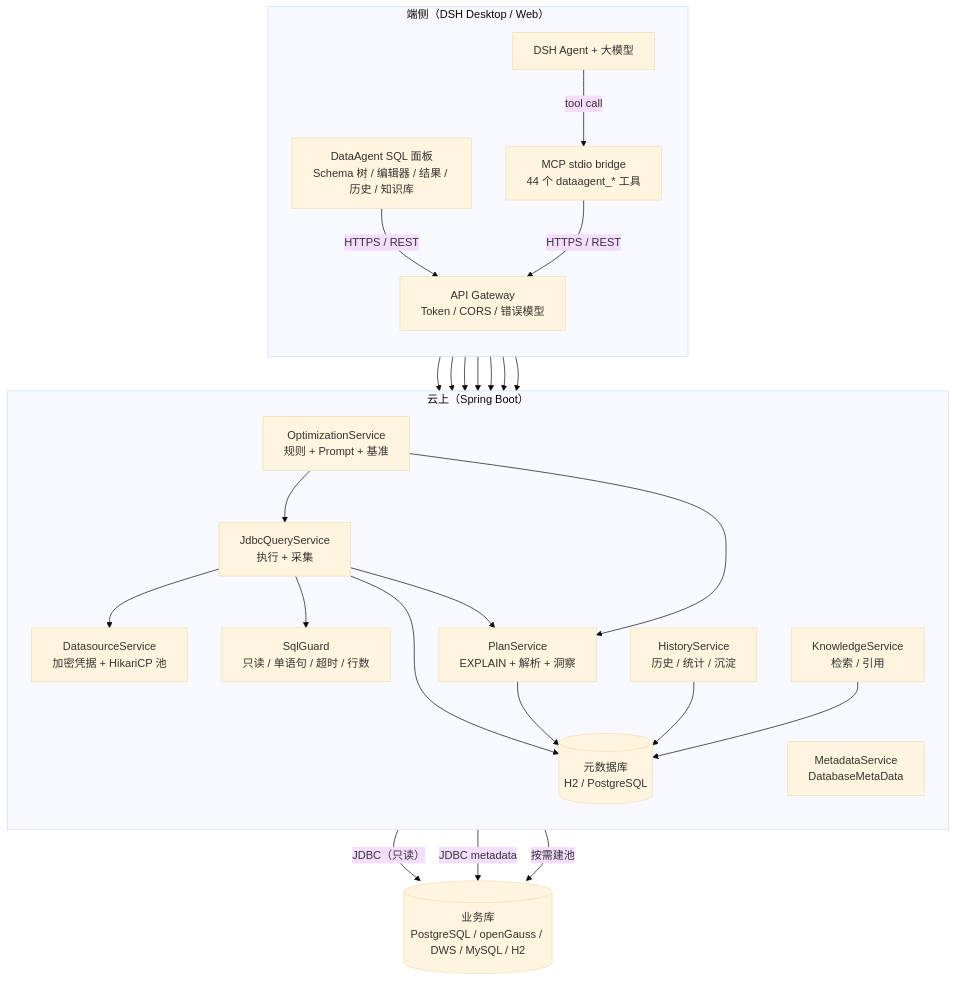
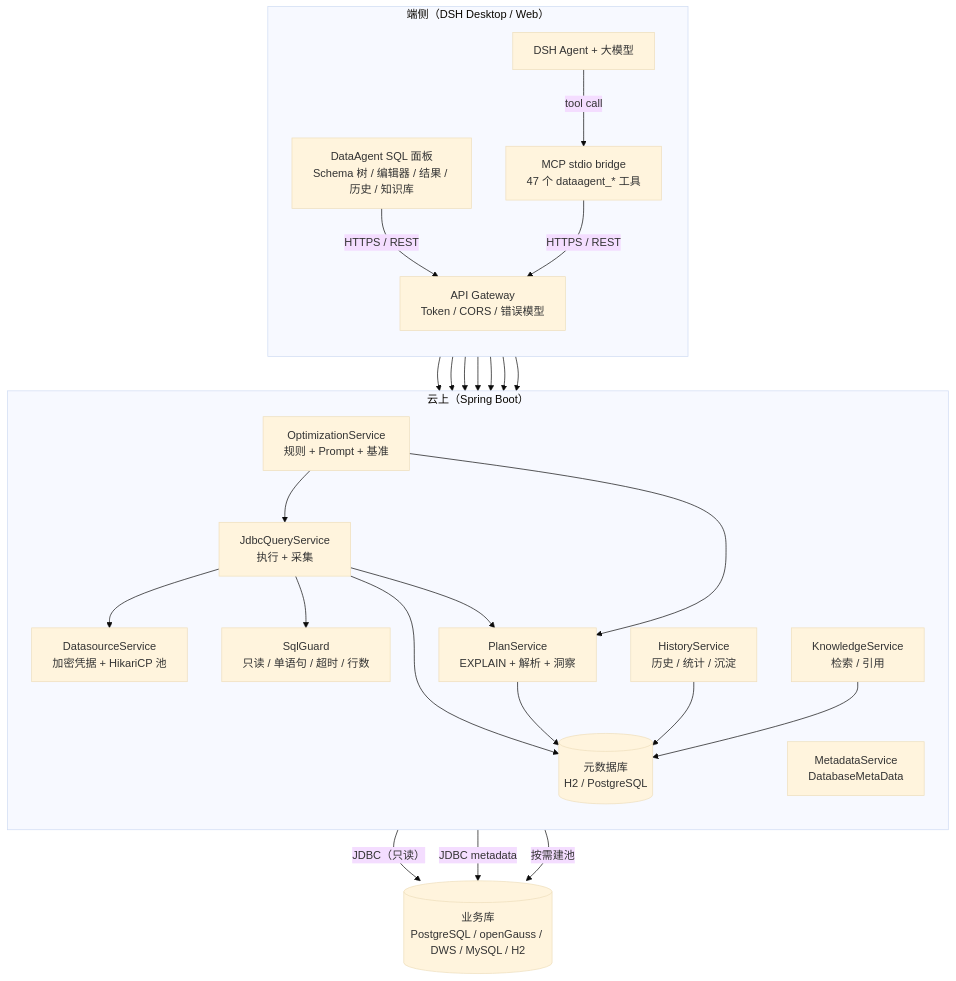
Before and after one commit to whllowp/DataAgent: the first of 6 diagrams in docs/ARCHITECTURE.md, drawn with Mermaid (base theme). The commit also changed other lines of this file and 19 other files, not shown here.

Commit message:
feat: add target schema mapping, DS pull and OpenLineage run APIs

````diff
--- a/docs/ARCHITECTURE.md
+++ b/docs/ARCHITECTURE.md
@@ -25,47 +25,47 @@
 ```mermaid
 flowchart TB
   subgraph Edge["端侧（DSH Desktop / Web）"]
     direction TB
     Panel["DataAgent SQL 面板<br/>Schema 树 / 编辑器 / 结果 / 历史 / 知识库"]
     DSH["DSH Agent + 大模型"]
-    MCP["MCP stdio bridge<br/>44 个 dataagent_* 工具"]
+    MCP["MCP stdio bridge<br/>47 个 dataagent_* 工具"]
     Panel -->|"HTTPS / REST"| Gateway
     DSH -->|"tool call"| MCP
     MCP -->|"HTTPS / REST"| Gateway
   end
 
   subgraph Cloud["云上（Spring Boot）"]
     direction TB
     Gateway["API Gateway<br/>Token / CORS / 错误模型"]
     DS["DatasourceService<br/>加密凭据 + HikariCP 池"]
     Meta["MetadataService<br/>DatabaseMetaData"]
     Guard["SqlGuard<br/>只读 / 单语句 / 超时 / 行数"]
     Exec["JdbcQueryService<br/>执行 + 采集"]
     Plan["PlanService<br/>EXPLAIN + 解析 + 洞察"]
     Hist["HistoryService<br/>历史 / 统计 / 沉淀"]
     KB["KnowledgeService<br/>检索 / 引用"]
     Opt["OptimizationService<br/>规则 + Prompt + 基准"]
     Store[("元数据库<br/>H2 / PostgreSQL")]
     Gateway --> DS
     Gateway --> Meta
     Gateway --> Guard
     Gateway --> Exec
     Gateway --> Hist
     Gateway --> KB
     Gateway --> Opt
     Exec --> Guard
     Exec --> DS
     Exec --> Plan
     Exec --> Store
     Plan --> Store
     Hist --> Store
     KB --> Store
     Opt --> Exec
     Opt --> Plan
   end
 
   DB[("业务库<br/>PostgreSQL / openGauss / DWS / MySQL / H2")]
   Exec -->|"JDBC（只读）"| DB
   Meta -->|"JDBC metadata"| DB
   DS -->|"按需建池"| DB
 ```
````
